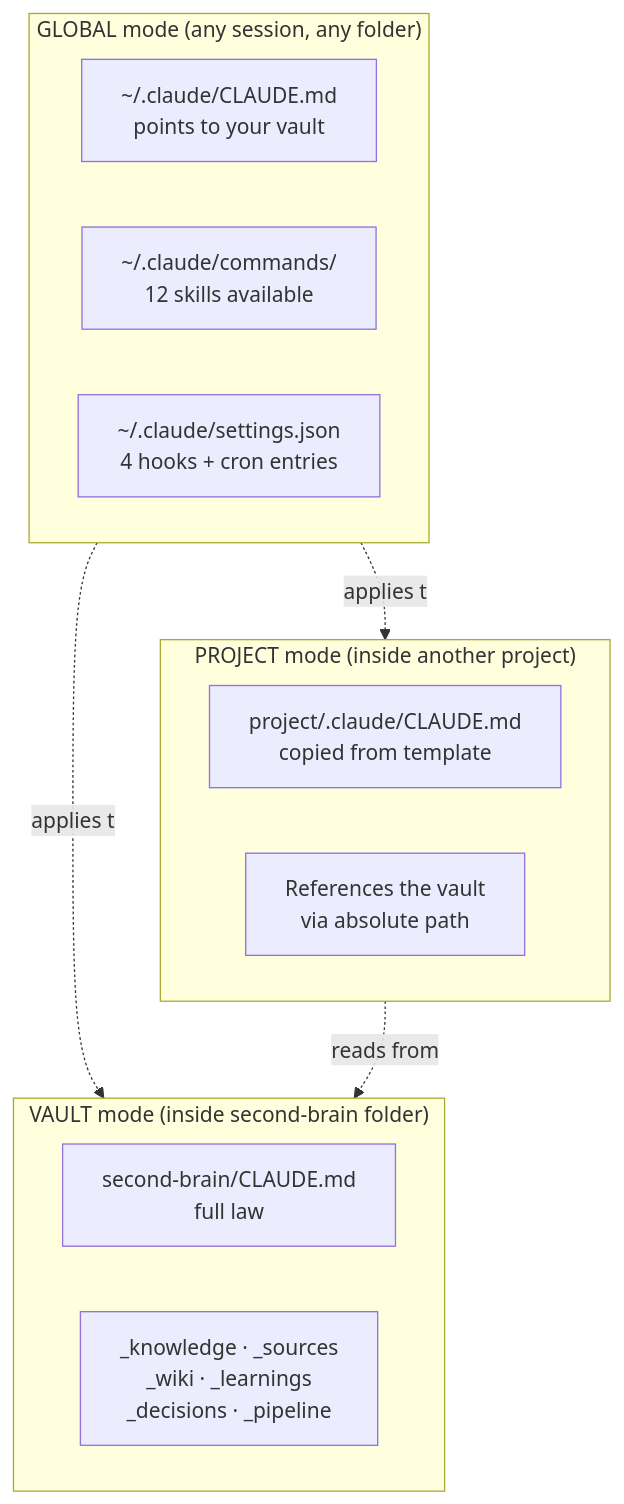
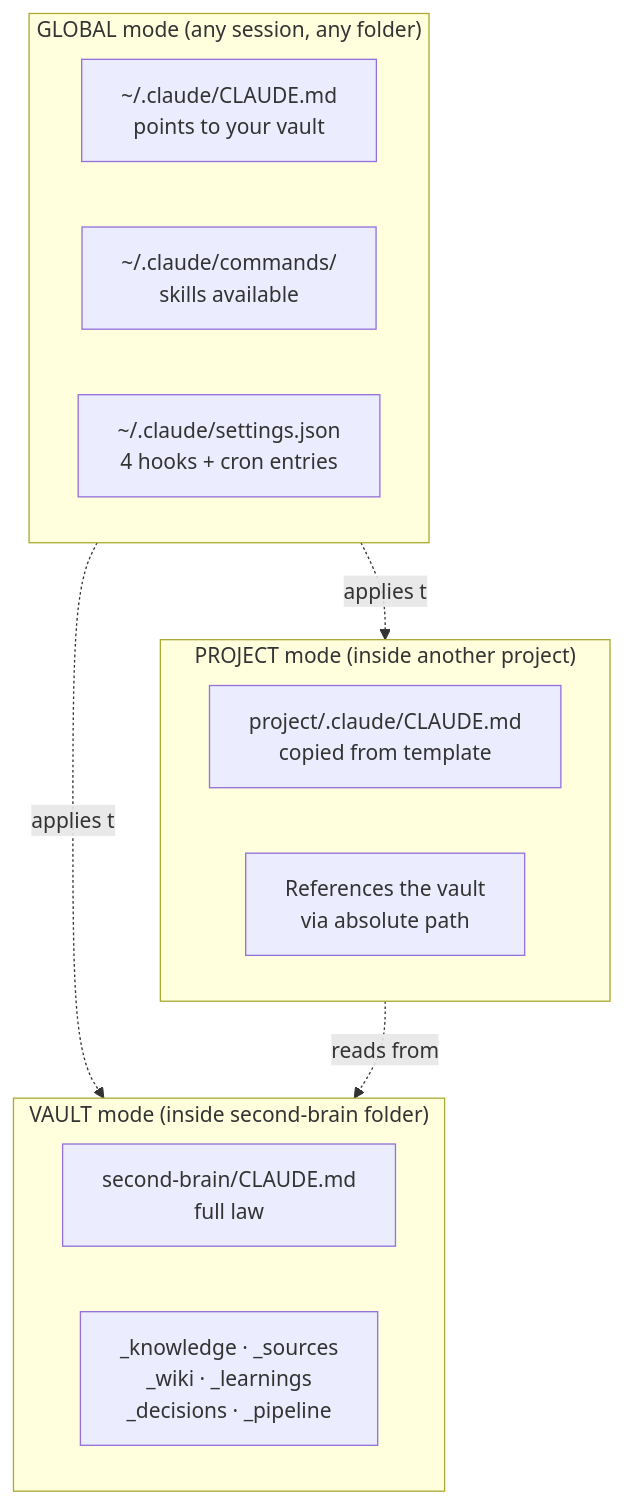
The diagram in docs/en/getting-started.md (marciohideaki/second-brain-starter), drawn with Mermaid before and after one commit. The commit also changed 21 other files, not shown here.

````diff
--- a/docs/en/getting-started.md
+++ b/docs/en/getting-started.md
@@ -12,22 +12,22 @@
 ```mermaid
 flowchart TB
     subgraph Global["GLOBAL mode (any session, any folder)"]
         G1[~/.claude/CLAUDE.md<br/>points to your vault]
-        G2[~/.claude/commands/<br/>12 skills available]
+        G2[~/.claude/commands/<br/>skills available]
         G3[~/.claude/settings.json<br/>4 hooks + cron entries]
     end
 
     subgraph Vault["VAULT mode (inside second-brain folder)"]
         V1[second-brain/CLAUDE.md<br/>full law]
         V2[_knowledge · _sources<br/>_wiki · _learnings<br/>_decisions · _pipeline]
     end
 
     subgraph Project["PROJECT mode (inside another project)"]
         P1[project/.claude/CLAUDE.md<br/>copied from template]
         P2[References the vault<br/>via absolute path]
     end
 
     Global -.applies to.-> Vault
     Global -.applies to.-> Project
     Project -.reads from.-> Vault
 ```
````
